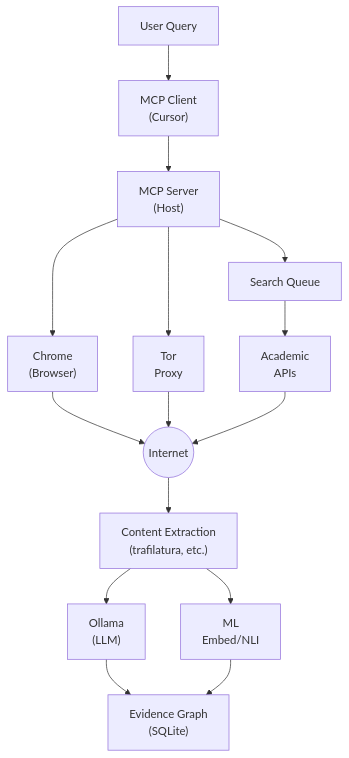
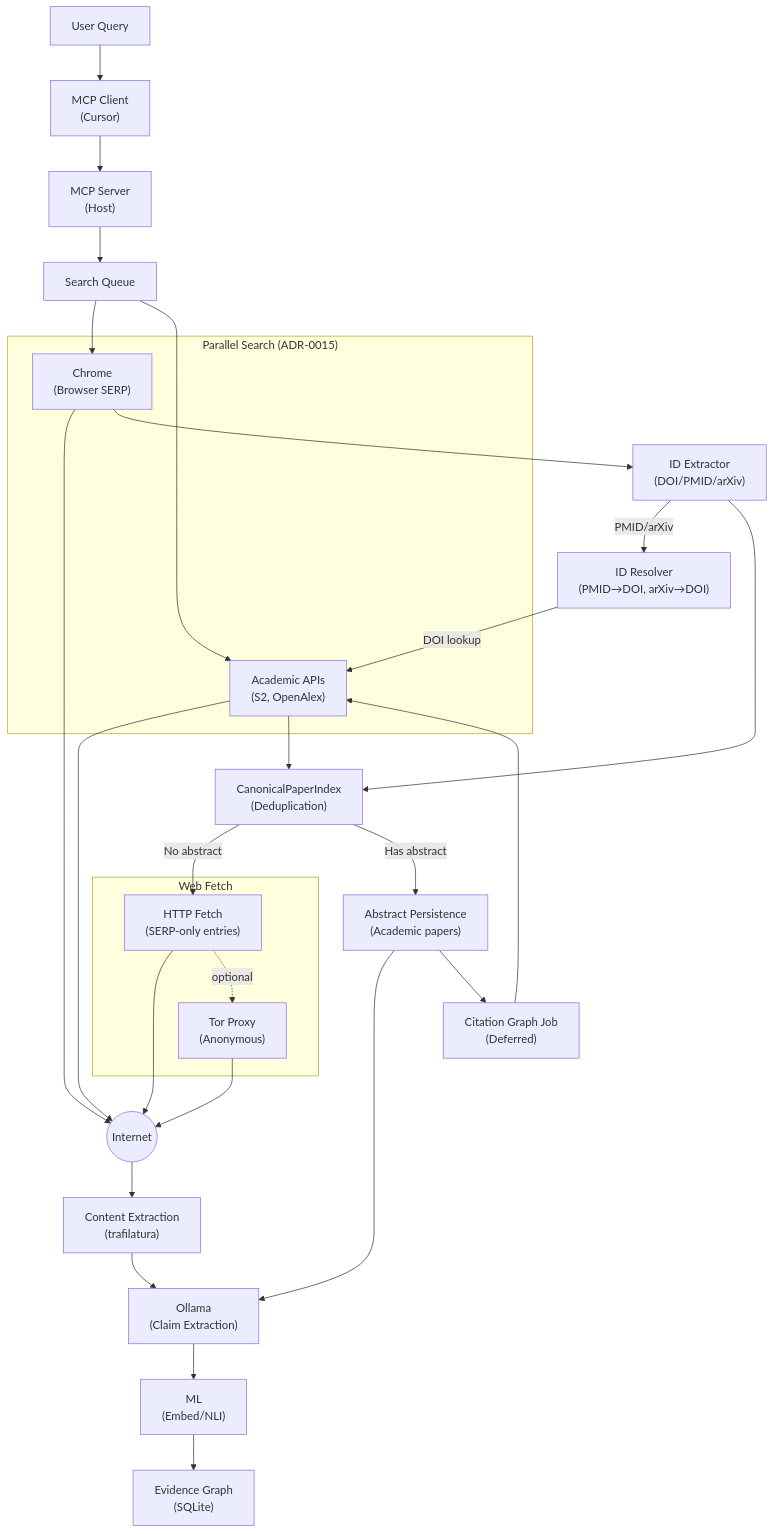
The second of 2 diagrams in docs/architecture.md (k-shibuki/lyra), drawn with Mermaid before and after one commit. The commit also changed other lines of this file and 14 other files, not shown here.

First line of the commit message:
docs: update architecture diagrams and documentation

````diff
--- a/docs/architecture.md
+++ b/docs/architecture.md
@@ -80,32 +87,59 @@
 ```mermaid
 flowchart TB
     Query["User Query"]
     MCP["MCP Client<br/>(Cursor)"]
     Server["MCP Server<br/>(Host)"]
     Queue["Search Queue"]
     
-    Chrome["Chrome<br/>(Browser)"]
-    Tor["Tor<br/>Proxy"]
-    Academic["Academic<br/>APIs"]
+    subgraph Parallel["Parallel Search (ADR-0015)"]
+        Chrome["Chrome<br/>(Browser SERP)"]
+        Academic["Academic APIs<br/>(S2, OpenAlex)"]
+    end
+    
     Internet((Internet))
     
-    Extract["Content Extraction<br/>(trafilatura, etc.)"]
-    Ollama["Ollama<br/>(LLM)"]
-    ML["ML<br/>Embed/NLI"]
+    IDExtract["ID Extractor<br/>(DOI/PMID/arXiv)"]
+    IDResolve["ID Resolver<br/>(PMID→DOI, arXiv→DOI)"]
+    Dedup["CanonicalPaperIndex<br/>(Deduplication)"]
+    
+    subgraph WebFetch["Web Fetch"]
+        Fetch["HTTP Fetch<br/>(SERP-only entries)"]
+        Tor["Tor Proxy<br/>(Anonymous)"]
+    end
+    Abstract["Abstract Persistence<br/>(Academic papers)"]
+    
+    Extract["Content Extraction<br/>(trafilatura)"]
+    Ollama["Ollama<br/>(Claim Extraction)"]
+    ML["ML<br/>(Embed/NLI)"]
     Graph["Evidence Graph<br/>(SQLite)"]
     
+    CitationJob["Citation Graph Job<br/>(Deferred)"]
+    
     Query --> MCP --> Server --> Queue
-    Server --> Chrome
-    Server --> Tor
-    Queue --> Academic
-    
+    Queue --> Chrome & Academic
     Chrome --> Internet
-    Tor --> Internet
     Academic --> Internet
     
+    Chrome --> IDExtract
+    IDExtract -->|"PMID/arXiv"| IDResolve
+    IDResolve -->|"DOI lookup"| Academic
+    
+    IDExtract --> Dedup
+    Academic --> Dedup
+    
+    Dedup -->|"No abstract"| Fetch
+    Dedup -->|"Has abstract"| Abstract
+    
+    Fetch --> Internet
+    Fetch -.->|"optional"| Tor
+    Tor --> Internet
     Internet --> Extract
     Extract --> Ollama
-    Extract --> ML
-    Ollama --> Graph
+    
+    Abstract --> Ollama
+    Ollama --> ML
     ML --> Graph
+    
+    Abstract --> CitationJob
+    CitationJob --> Academic
 ```
````
